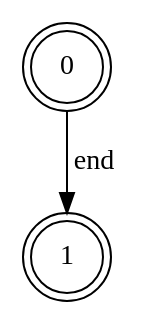
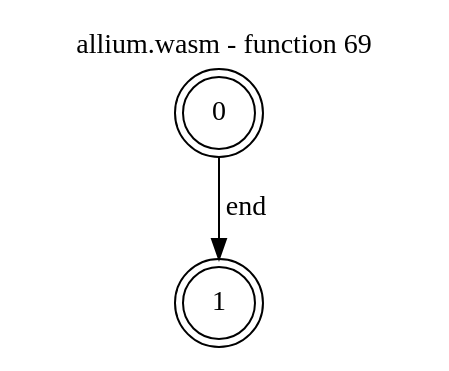
Before and after one commit to jsCarleton/wanalyze: the diagram in test_cases/allium/funcs/allium-func69.dot, drawn with Graphviz. The commit also changed 2386 other files, not shown here.

```diff
--- a/test_cases/allium/funcs/allium-func69.dot
+++ b/test_cases/allium/funcs/allium-func69.dot
@@ -1,5 +1,10 @@
 digraph finite_state_machine {
+    label = "allium.wasm - function 69"
+    labelloc =  t
+    labelfontsize = 16
+    labelfontcolor = black
+    labelfontname = "Helvetica"
     node [shape = doublecircle]; 0 1;
     node [shape = circle];
     0 -> 1[label = "end"];
 }
```
